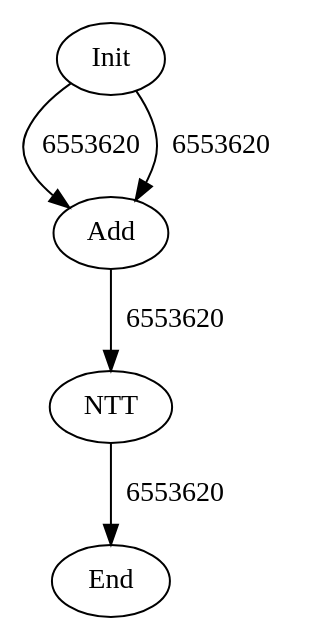
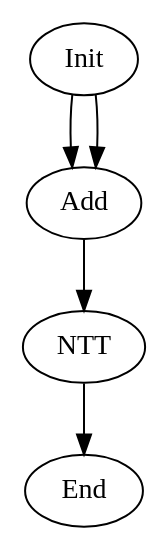
Before and after one commit to hal-lab-u-tokyo/PolyFHE: the diagram in data/graph_poly.dot, drawn with Graphviz. The commit also changed 2 other files, not shown here.

```diff
--- a/data/graph_poly.dot
+++ b/data/graph_poly.dot
@@ -1,10 +1,10 @@
 digraph G {
 Init[label="Init"];
-NTT0[label="NTT"];
-Add0[label="Add"];
 End[label="End"];
-Init->Add0[label="6553620"];
-Init->Add0[label="6553620"];
-Add0->NTT0[label="6553620"];
-NTT0->End[label="6553620"];
+NTT[label="NTT"];
+Add[label="Add"];
+Init -> Add;
+Init -> Add;
+Add -> NTT;
+NTT -> End;
 }
```
